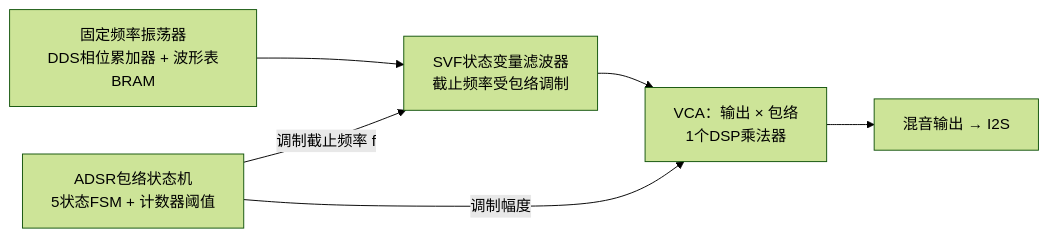
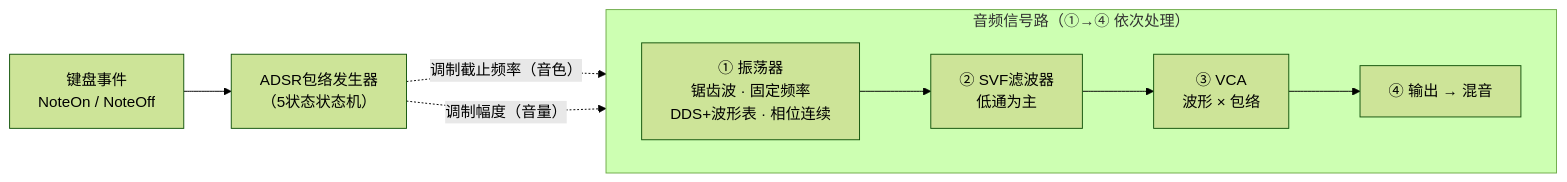
The diagram in docs/synth_engine.md (rubbishbro/FPGA_IDC_2026), drawn with Mermaid (forest theme) before and after one commit. The commit also changed other lines of this file and 5 other files, not shown here.

````diff
--- a/docs/synth_engine.md
+++ b/docs/synth_engine.md
@@ -18,8 +19,12 @@
 ```mermaid
 flowchart LR
-    OSC["固定频率振荡器<br/>DDS相位累加器 + 波形表BRAM"] --> SVF["SVF状态变量滤波器<br/>截止频率受包络调制"]
-    ENV["ADSR包络状态机<br/>5状态FSM + 计数器阈值"] -->|调制截止频率 f| SVF
-    SVF --> VCA["VCA：输出 × 包络<br/>1个DSP乘法器"]
-    ENV -->|调制幅度| VCA
-    VCA --> MIX["混音输出 → I2S"]
+    KEY["键盘事件<br/>NoteOn / NoteOff"] --> ENV["ADSR包络发生器<br/>（5状态状态机）"]
+
+    subgraph SIG["音频信号路（①→④ 依次处理）"]
+        direction LR
+        OSC["① 振荡器<br/>锯齿波 · 固定频率<br/>DDS+波形表 · 相位连续"] --> SVF["② SVF滤波器<br/>低通为主"] --> VCA["③ VCA<br/>波形 × 包络"] --> OUT["④ 输出 → 混音"]
+    end
+
+    ENV -. "调制截止频率（音色）" .-> SVF
+    ENV -. "调制幅度（音量）" .-> VCA
 ```
````
